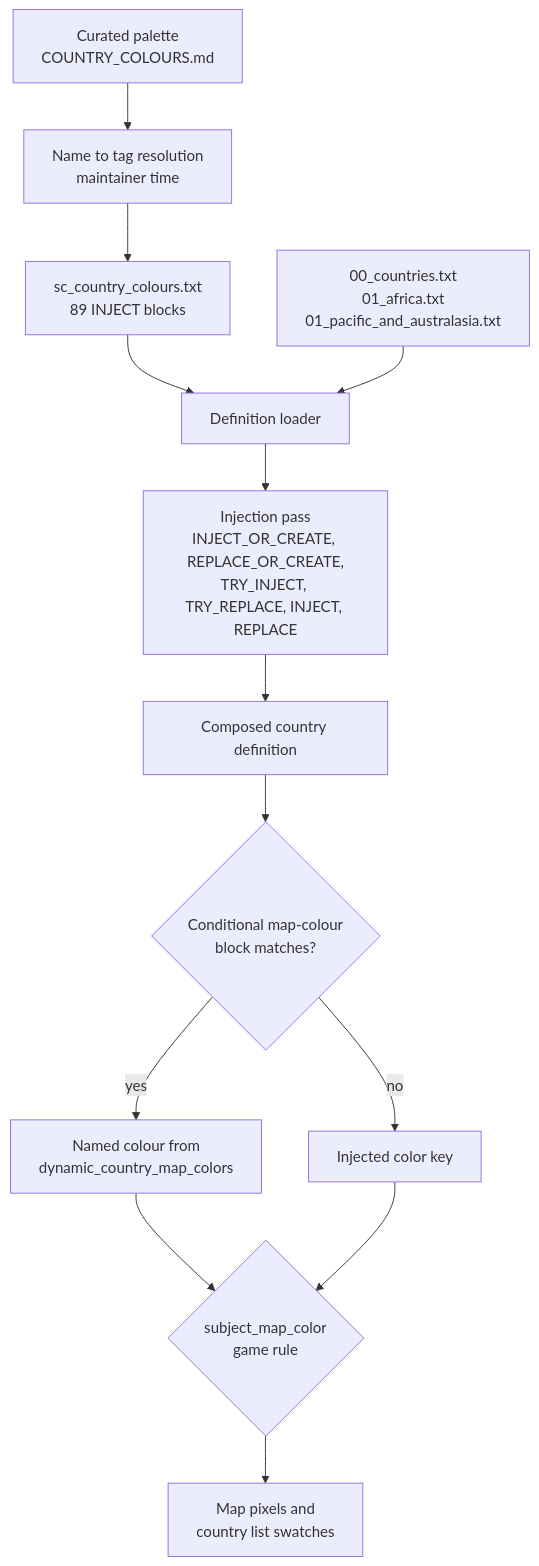
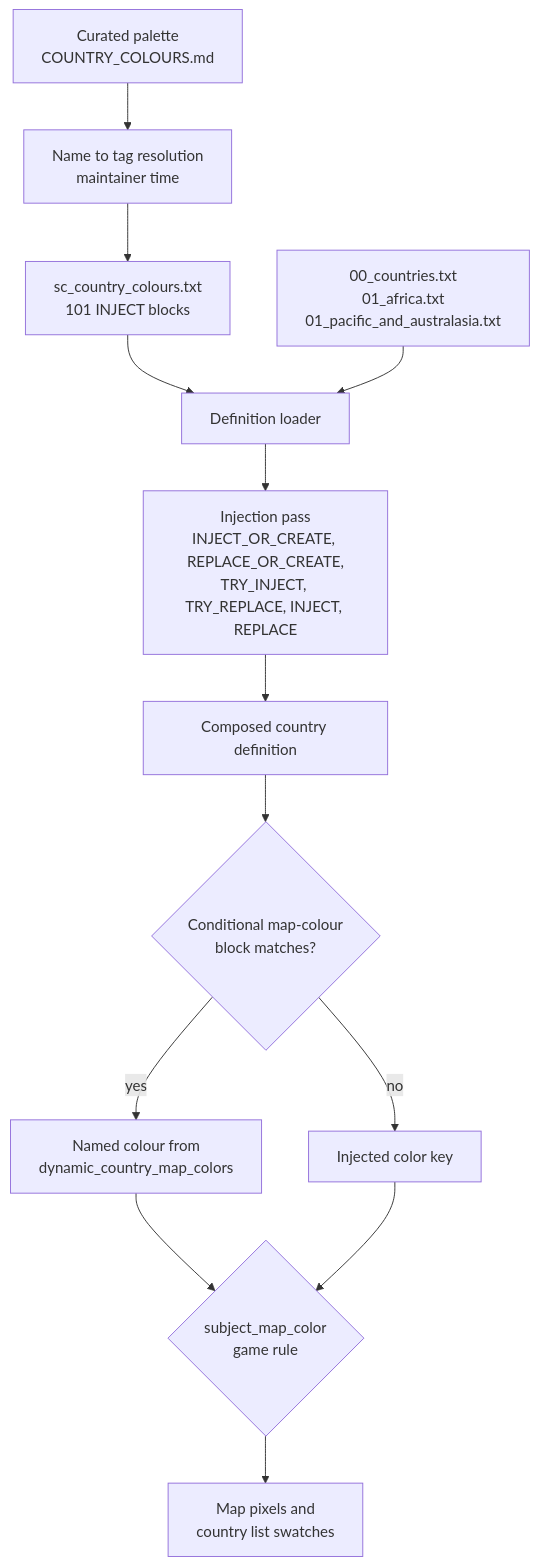
One commit to hmlendea/standardised-country-colours changed the first of 3 diagrams in docs/architecture.md. Above: the diagram before and after it, drawn with Mermaid. The commit also changed other lines of this file and 21 other files, not shown here.

Commit message:
dev: Updated the country colours

````diff
--- a/docs/architecture.md
+++ b/docs/architecture.md
@@ -7,15 +7,15 @@
 ```mermaid
 flowchart TD
   Pal["Curated palette<br/>COUNTRY_COLOURS.md"] --> Map["Name to tag resolution<br/>maintainer time"]
-  Map --> File["sc_country_colours.txt<br/>89 INJECT blocks"]
+  Map --> File["sc_country_colours.txt<br/>101 INJECT blocks"]
   File --> Loader["Definition loader"]
   Vanilla["00_countries.txt<br/>01_africa.txt<br/>01_pacific_and_australasia.txt"] --> Loader
   Loader --> Pass["Injection pass<br/>INJECT_OR_CREATE, REPLACE_OR_CREATE,<br/>TRY_INJECT, TRY_REPLACE, INJECT, REPLACE"]
   Pass --> Def["Composed country definition"]
   Def --> Dyn{"Conditional map-colour<br/>block matches?"}
   Dyn -->|"yes"| Alt["Named colour from<br/>dynamic_country_map_colors"]
   Dyn -->|"no"| Base["Injected color key"]
   Alt --> Rule{"subject_map_color<br/>game rule"}
   Base --> Rule
   Rule --> Pixels["Map pixels and<br/>country list swatches"]
 ```
````
